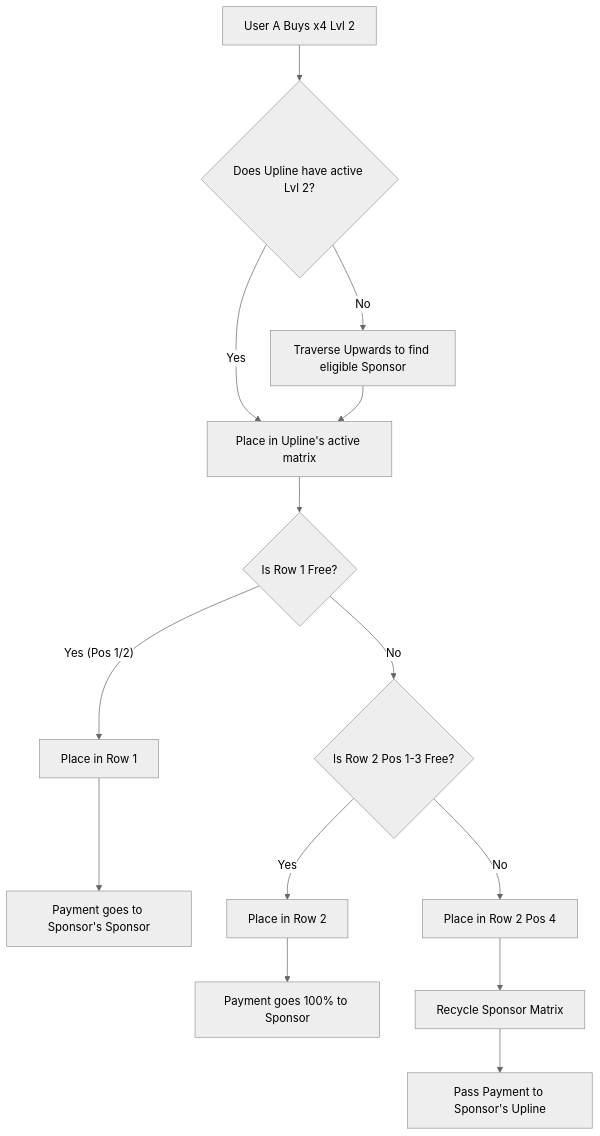
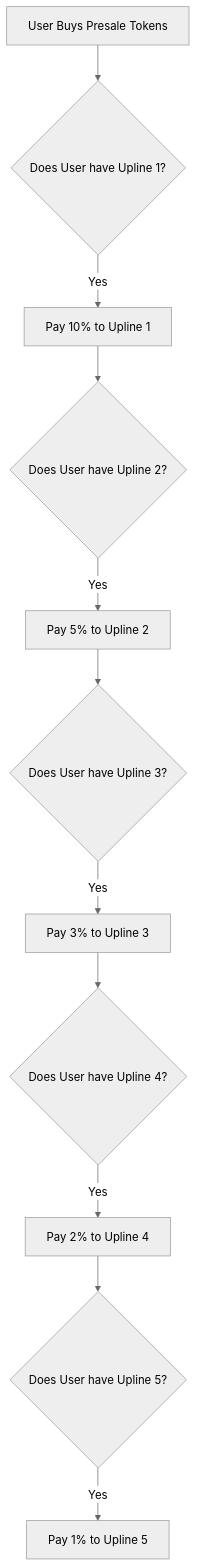
Before and after one commit to CHIRAYU-365/OXIDEX: the second of 2 diagrams in blockchain/README.md, drawn with Mermaid (neutral theme). The commit also changed other lines of this file and 5 other files, not shown here.

````diff
--- a/blockchain/README.md
+++ b/blockchain/README.md
@@ -99,19 +77,13 @@
 ```mermaid
 flowchart TD
-    Start[User A Buys x4 Lvl 2] --> Check{Does Upline have active Lvl 2?}
-    Check -- Yes --> Placer[Place in Upline's active matrix]
-    Check -- No --> Walk[Traverse Upwards to find eligible Sponsor]
-    Walk --> Placer
-    
-    Placer --> Slot{Is Row 1 Free?}
-    Slot -- Yes (Pos 1/2) --> R1[Place in Row 1]
-    R1 --> Payout[Payment goes to Sponsor's Sponsor]
-    
-    Slot -- No --> Row2{Is Row 2 Pos 1-3 Free?}
-    Row2 -- Yes --> R2Pay[Place in Row 2]
-    R2Pay --> PayoutUser[Payment goes 100% to Sponsor]
-    
-    Row2 -- No --> Pos6[Place in Row 2 Pos 4]
-    Pos6 --> Recycle[Recycle Sponsor Matrix]
-    Recycle --> Recursion[Pass Payment to Sponsor's Upline]
+    Start[User Buys Presale Tokens] --> Check{Does User have Upline 1?}
+    Check -- Yes --> P1[Pay 10% to Upline 1]
+    P1 --> Check2{Does User have Upline 2?}
+    Check2 -- Yes --> P2[Pay 5% to Upline 2]
+    P2 --> Check3{Does User have Upline 3?}
+    Check3 -- Yes --> P3[Pay 3% to Upline 3]
+    P3 --> Check4{Does User have Upline 4?}
+    Check4 -- Yes --> P4[Pay 2% to Upline 4]
+    P4 --> Check5{Does User have Upline 5?}
+    Check5 -- Yes --> P5[Pay 1% to Upline 5]
 ```
````
